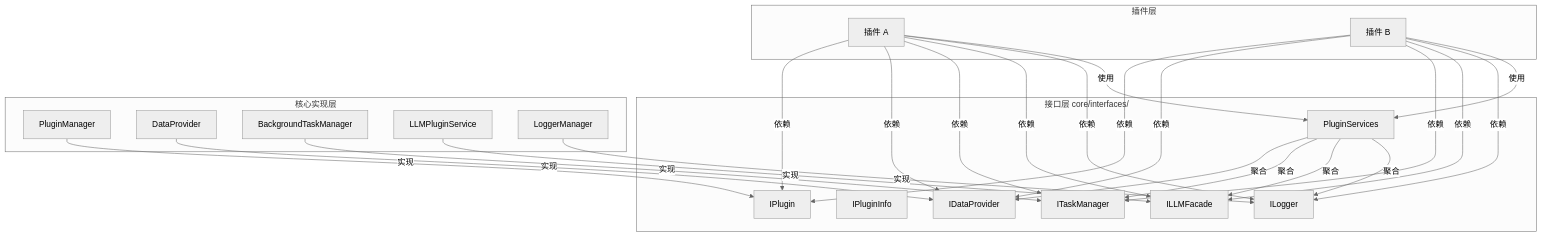
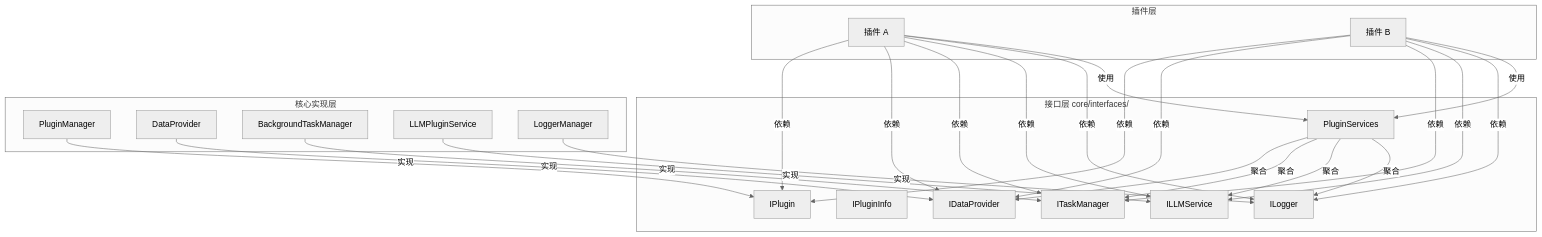
The diagram in docs/core/interfaces/overview.md (KKPIP-Tech/InstructionX), drawn with Mermaid (neutral theme) before and after one commit. The commit also changed other lines of this file and 12 other files, not shown here.

Commit message:
docs: 同步 LLM Provider v2 架构文档与 AGENTS.md：预设目录/实例化/适配器注册表/配置 schema v2/ILLMService 接口/UI 新包结构，清理 ILLMFacade 与旧文件残留引用

````diff
--- a/docs/core/interfaces/overview.md
+++ b/docs/core/interfaces/overview.md
@@ -20,49 +20,49 @@
 ```mermaid
 graph TB
     subgraph Plugin [插件层]
         A[插件 A]
         B[插件 B]
     end
 
     subgraph Interfaces [接口层 core/interfaces/]
         I1[IPlugin]
         I2[IPluginInfo]
         I3[IDataProvider]
         I4[ITaskManager]
-        I5[ILLMFacade]
+        I5[ILLMService]
         I6[ILogger]
         I7[PluginServices]
     end
 
     subgraph CoreImpl [核心实现层]
         C1[PluginManager]
         C2[DataProvider]
         C3[BackgroundTaskManager]
         C4[LLMPluginService]
         C5[LoggerManager]
     end
 
     A -->|依赖| I1
     A -->|依赖| I3
     A -->|依赖| I4
     A -->|依赖| I5
     A -->|依赖| I6
     A -->|使用| I7
 
     B -->|依赖| I1
     B -->|依赖| I3
     B -->|依赖| I4
     B -->|依赖| I5
     B -->|依赖| I6
     B -->|使用| I7
 
     C1 -->|实现| I1
     C2 -->|实现| I3
     C3 -->|实现| I4
     C4 -->|实现| I5
     C5 -->|实现| I6
     I7 -->|聚合| I3
     I7 -->|聚合| I4
     I7 -->|聚合| I5
     I7 -->|聚合| I6
 ```
````
